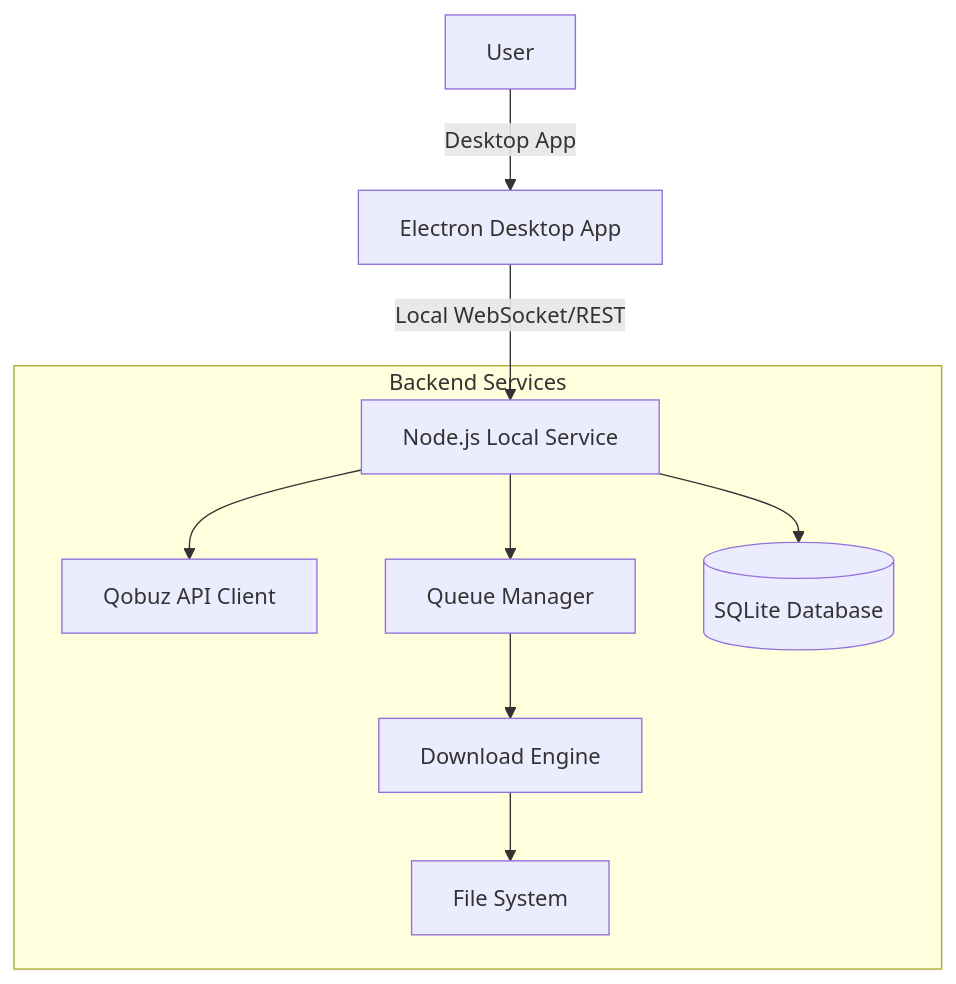
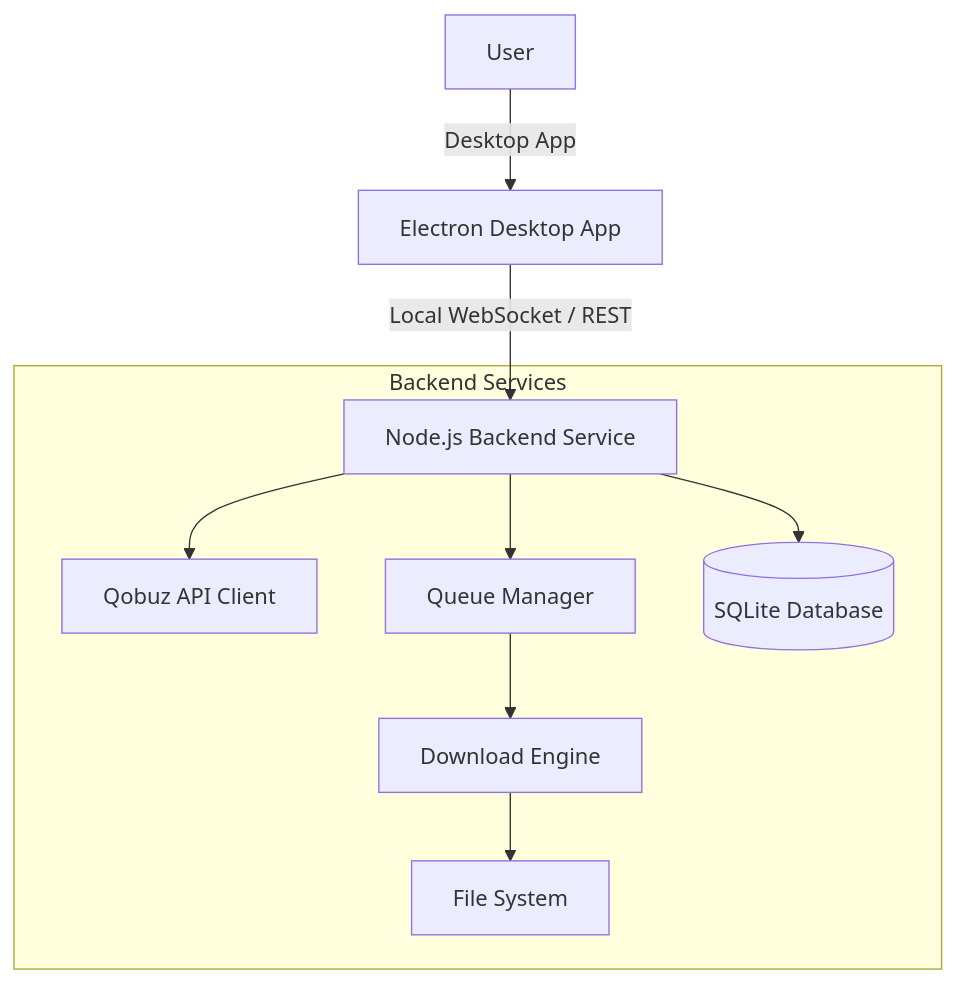
One commit to ifauzeee/QBZ-Downloader changed the diagram in README.md. Above: the diagram before and after it, drawn with Mermaid. The commit also changed other lines of this file, not shown here.

````diff
--- a/README.md
+++ b/README.md
@@ -200,13 +184,13 @@
 ```mermaid
 graph TD
     User[User] -->|Desktop App| Desktop[Electron Desktop App]
-    Desktop -->|Local WebSocket/REST| Server[Node.js Local Service]
-    
+    Desktop -->|Local WebSocket / REST| Server[Node.js Backend Service]
+
     subgraph Backend Services
         Server --> API[Qobuz API Client]
         Server --> Queue[Queue Manager]
         Server --> DB[(SQLite Database)]
         Queue --> Downloader[Download Engine]
         Downloader --> FS[File System]
     end
 ```
````
